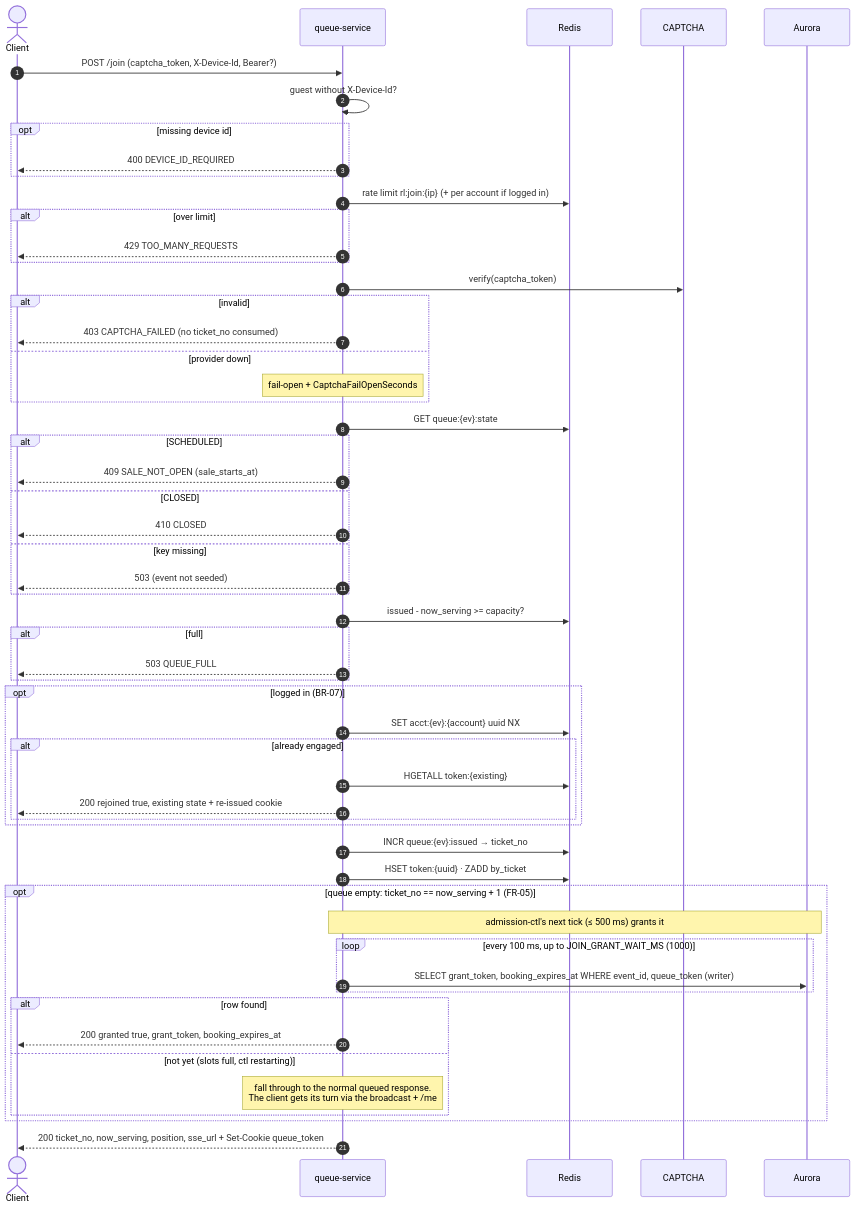
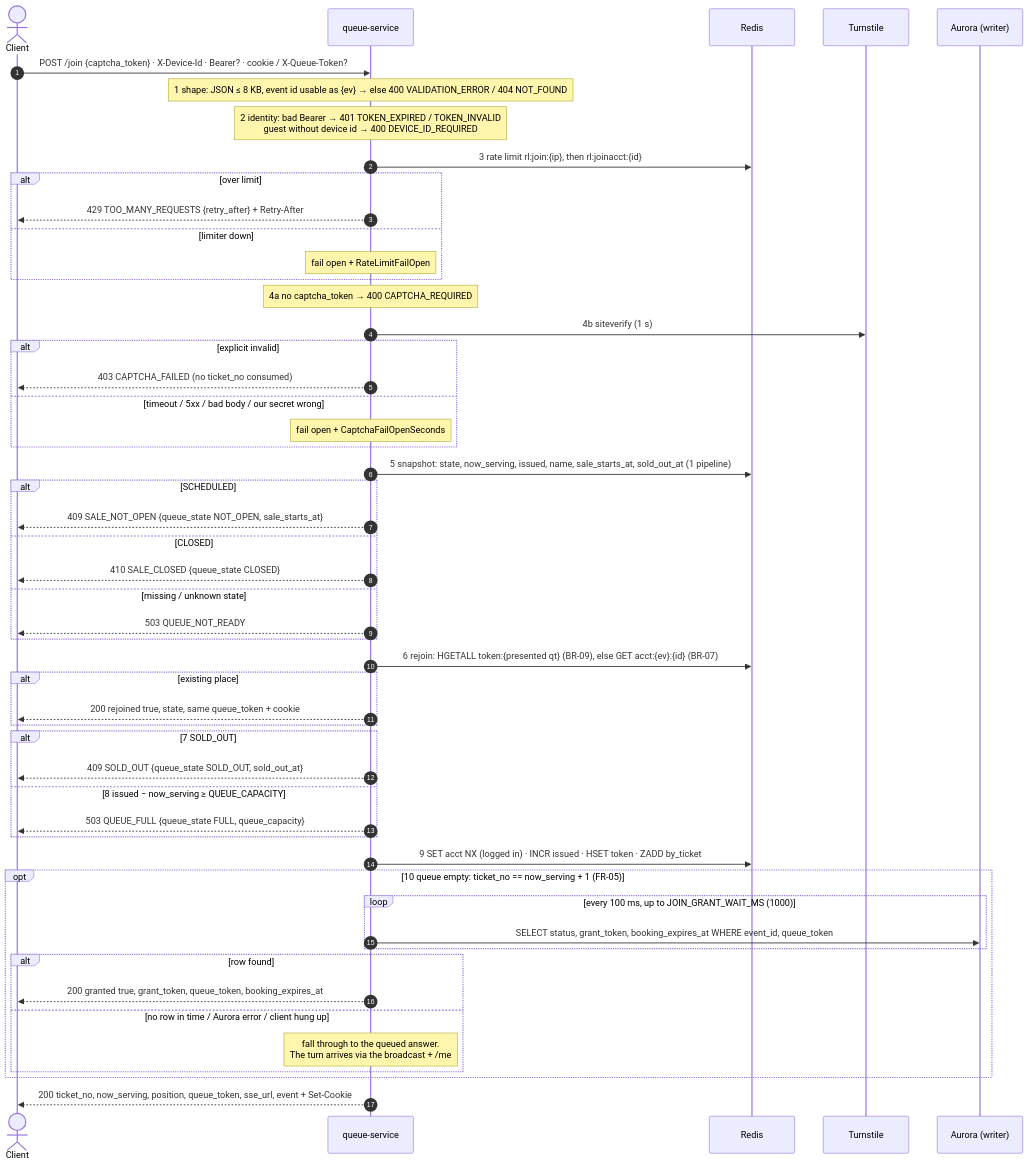
One commit to PTServerJanganTumbang-BookingTicket/be-rusuh-war-ticketing changed the diagram in docs/04-queue/01-join-queue.md. Above: the diagram before and after it, drawn with Mermaid. The commit also changed other lines of this file and 5 other files, not shown here.

First line of the commit message:
docs: sync join plan with the code; add Redis key and channel catalog

````diff
--- a/docs/04-queue/01-join-queue.md
+++ b/docs/04-queue/01-join-queue.md
@@ -22,66 +27,63 @@
 ```mermaid
 sequenceDiagram
     autonumber
     actor C as Client
     participant Q as queue-service
     participant R as Redis
-    participant CAP as CAPTCHA
-    participant DB as Aurora
+    participant CAP as Turnstile
+    participant DB as Aurora (writer)
 
-    C->>Q: POST /join (captcha_token, X-Device-Id, Bearer?)
-    Q->>Q: guest without X-Device-Id?
-    opt missing device id
-        Q-->>C: 400 DEVICE_ID_REQUIRED
+    C->>Q: POST /join {captcha_token} · X-Device-Id · Bearer? · cookie / X-Queue-Token?
+    Note over Q: 1 shape: JSON ≤ 8 KB, event id usable as {ev} → else 400 VALIDATION_ERROR / 404 NOT_FOUND
+    Note over Q: 2 identity: bad Bearer → 401 TOKEN_EXPIRED / TOKEN_INVALID<br/>guest without device id → 400 DEVICE_ID_REQUIRED
+
+    Q->>R: 3 rate limit rl:join:{ip}, then rl:joinacct:{id}
+    alt over limit
+        Q-->>C: 429 TOO_MANY_REQUESTS {retry_after} + Retry-After
+    else limiter down
+        Note over Q: fail open + RateLimitFailOpen
     end
 
-    Q->>R: rate limit rl:join:{ip} (+ per account if logged in)
-    alt over limit
-        Q-->>C: 429 TOO_MANY_REQUESTS
+    Note over Q: 4a no captcha_token → 400 CAPTCHA_REQUIRED
+    Q->>CAP: 4b siteverify (1 s)
+    alt explicit invalid
+        Q-->>C: 403 CAPTCHA_FAILED (no ticket_no consumed)
+    else timeout / 5xx / bad body / our secret wrong
+        Note over Q: fail open + CaptchaFailOpenSeconds
     end
 
-    Q->>CAP: verify(captcha_token)
-    alt invalid
-        Q-->>C: 403 CAPTCHA_FAILED (no ticket_no consumed)
-    else provider down
-        Note over Q: fail-open + CaptchaFailOpenSeconds
+    Q->>R: 5 snapshot: state, now_serving, issued, name, sale_starts_at, sold_out_at (1 pipeline)
+    alt SCHEDULED
+        Q-->>C: 409 SALE_NOT_OPEN {queue_state NOT_OPEN, sale_starts_at}
+    else CLOSED
+        Q-->>C: 410 SALE_CLOSED {queue_state CLOSED}
+    else missing / unknown state
+        Q-->>C: 503 QUEUE_NOT_READY
     end
 
-    Q->>R: GET queue:{ev}:state
-    alt SCHEDULED
-        Q-->>C: 409 SALE_NOT_OPEN (sale_starts_at)
-    else CLOSED
-        Q-->>C: 410 CLOSED
-    else key missing
-        Q-->>C: 503 (event not seeded)
+    Q->>R: 6 rejoin: HGETALL token:{presented qt} (BR-09), else GET acct:{ev}:{id} (BR-07)
+    alt existing place
+        Q-->>C: 200 rejoined true, state, same queue_token + cookie
     end
 
-    Q->>R: issued - now_serving >= capacity?
-    alt full
-        Q-->>C: 503 QUEUE_FULL
+    alt 7 SOLD_OUT
+        Q-->>C: 409 SOLD_OUT {queue_state SOLD_OUT, sold_out_at}
+    else 8 issued − now_serving ≥ QUEUE_CAPACITY
+        Q-->>C: 503 QUEUE_FULL {queue_state FULL, queue_capacity}
     end
 
-    opt logged in (BR-07)
-        Q->>R: SET acct:{ev}:{account} uuid NX
-        alt already engaged
-            Q->>R: HGETALL token:{existing}
-            Q-->>C: 200 rejoined true, existing state + re-issued cookie
+    Q->>R: 9 SET acct NX (logged in) · INCR issued · HSET token · ZADD by_ticket
+
+    opt 10 queue empty: ticket_no == now_serving + 1 (FR-05)
+        loop every 100 ms, up to JOIN_GRANT_WAIT_MS (1000)
+            Q->>DB: SELECT status, grant_token, booking_expires_at WHERE event_id, queue_token
+        end
+        alt row found
+            Q-->>C: 200 granted true, grant_token, queue_token, booking_expires_at
+        else no row in time / Aurora error / client hung up
+            Note over Q: fall through to the queued answer.<br/>The turn arrives via the broadcast + /me
         end
     end
 
-    Q->>R: INCR queue:{ev}:issued → ticket_no
-    Q->>R: HSET token:{uuid} · ZADD by_ticket
-
-    opt queue empty: ticket_no == now_serving + 1 (FR-05)
-        Note over Q,DB: admission-ctl's next tick (≤ 500 ms) grants it
-        loop every 100 ms, up to JOIN_GRANT_WAIT_MS (1000)
-            Q->>DB: SELECT grant_token, booking_expires_at WHERE event_id, queue_token (writer)
-        end
-        alt row found
-            Q-->>C: 200 granted true, grant_token, booking_expires_at
-        else not yet (slots full, ctl restarting)
-            Note over Q: fall through to the normal queued response.<br/>The client gets its turn via the broadcast + /me
-        end
-    end
-
-    Q-->>C: 200 ticket_no, now_serving, position, sse_url + Set-Cookie queue_token
+    Q-->>C: 200 ticket_no, now_serving, position, queue_token, sse_url, event + Set-Cookie
 ```
````
